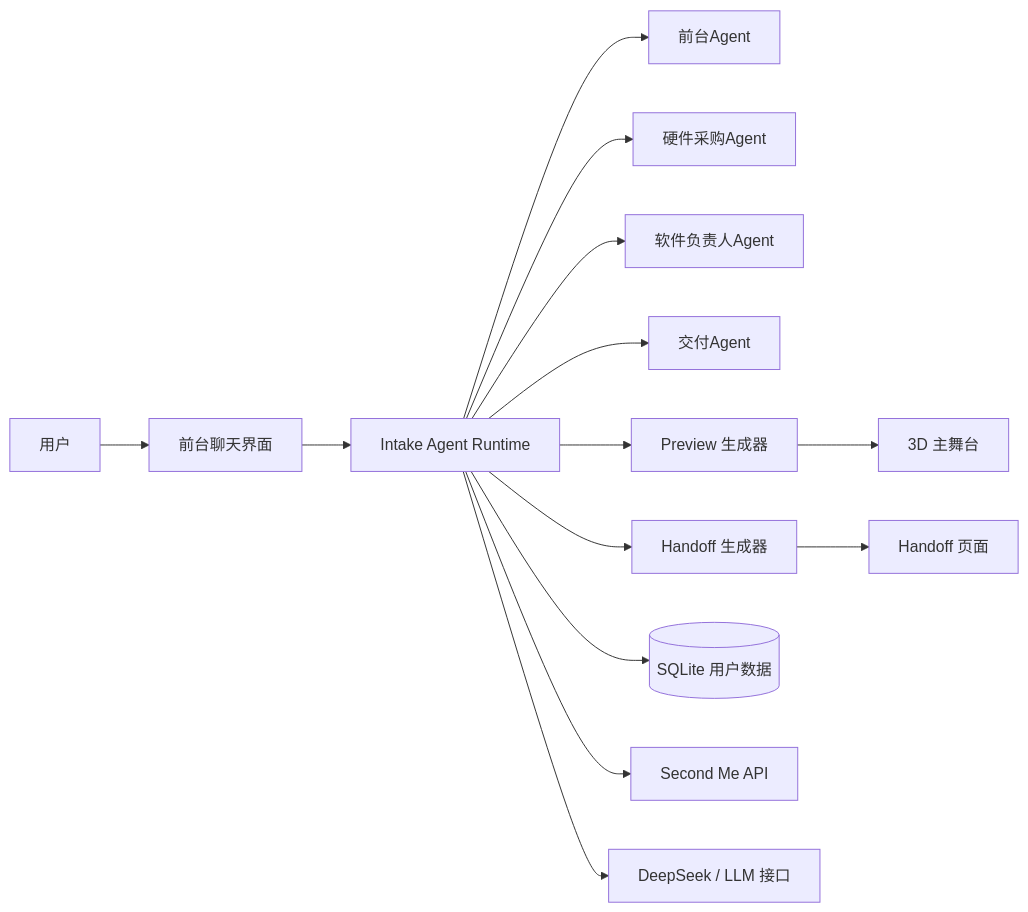
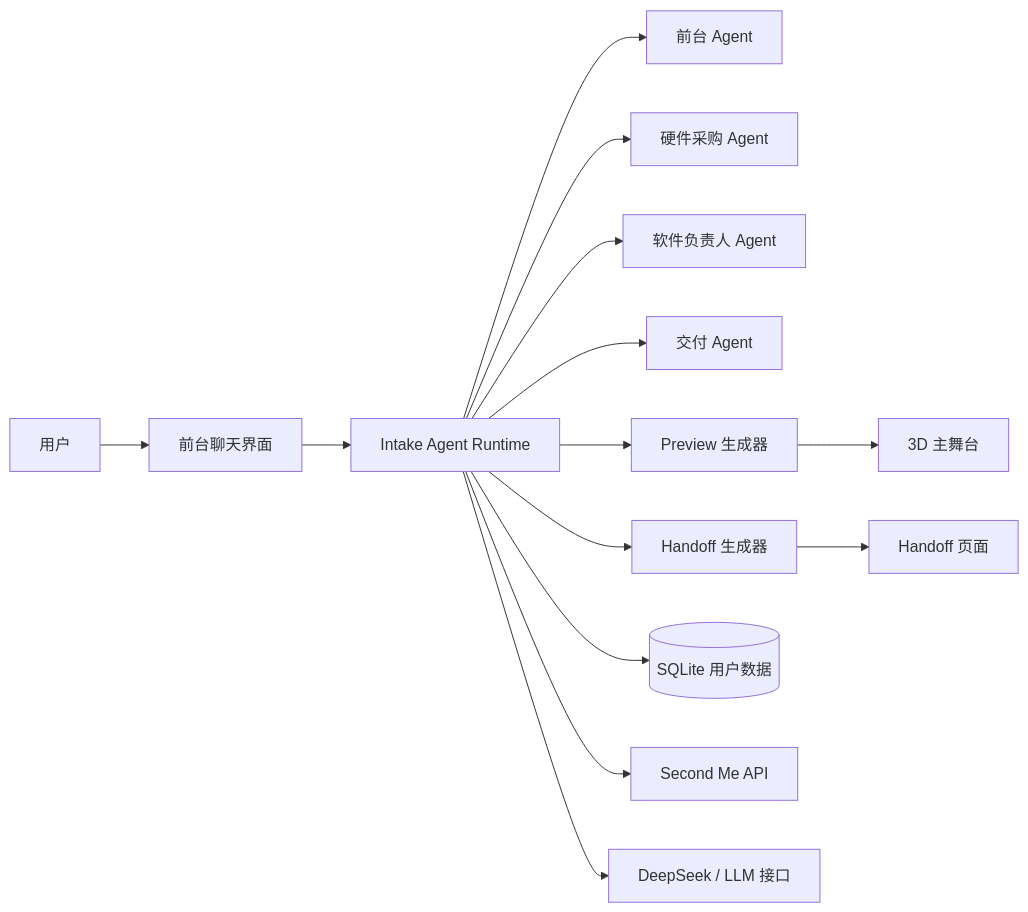
Before and after one commit to 11cookies11/DIY-Electronics-Workshop: the diagram in README.zh-CN.md, drawn with Mermaid. The commit also changed other lines of this file and 1 other file, not shown here.

````diff
--- a/README.zh-CN.md
+++ b/README.zh-CN.md
@@ -112,16 +117,16 @@
 ```mermaid
 flowchart LR
     U[用户] --> C[前台聊天界面]
     C --> IA[Intake Agent Runtime]
-    IA --> FD[前台Agent]
-    IA --> HP[硬件采购Agent]
-    IA --> SL[软件负责人Agent]
-    IA --> DL[交付Agent]
+    IA --> FD[前台 Agent]
+    IA --> HP[硬件采购 Agent]
+    IA --> SL[软件负责人 Agent]
+    IA --> DL[交付 Agent]
     IA --> P[Preview 生成器]
     IA --> H[Handoff 生成器]
     IA --> DB[(SQLite 用户数据)]
     IA --> SM[Second Me API]
     IA --> DS[DeepSeek / LLM 接口]
     P --> V[3D 主舞台]
     H --> R[Handoff 页面]
 ```
````
